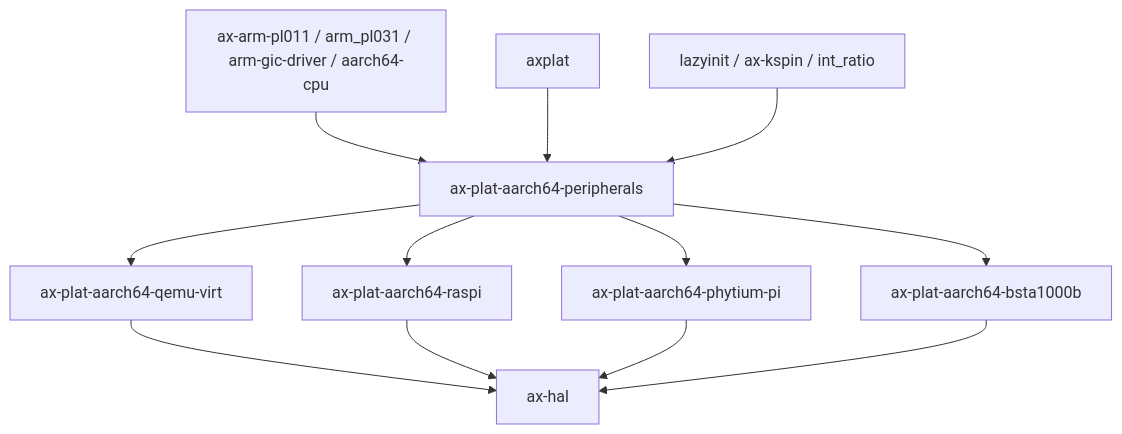
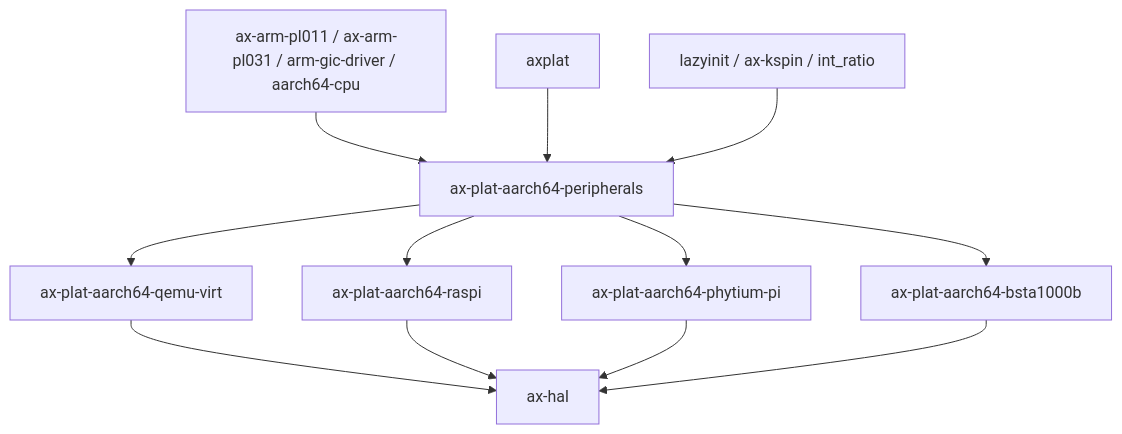
The second of 2 diagrams in docs/crates/ax-plat-aarch64-peripherals.md (zKurisu/tgoskits), drawn with Mermaid before and after one commit. The commit also changed other lines of this file and 35 other files, not shown here.

````diff
--- a/docs/crates/ax-plat-aarch64-peripherals.md
+++ b/docs/crates/ax-plat-aarch64-peripherals.md
@@ -180,15 +180,15 @@
 ```mermaid
 graph TD
-    A[ax-arm-pl011 / arm_pl031 / arm-gic-driver / aarch64-cpu] --> B[ax-plat-aarch64-peripherals]
+    A[ax-arm-pl011 / ax-arm-pl031 / arm-gic-driver / aarch64-cpu] --> B[ax-plat-aarch64-peripherals]
     C[axplat] --> B
     D[lazyinit / ax-kspin / int_ratio] --> B
 
     B --> E[ax-plat-aarch64-qemu-virt]
     B --> F[ax-plat-aarch64-raspi]
     B --> G[ax-plat-aarch64-phytium-pi]
     B --> H[ax-plat-aarch64-bsta1000b]
     E --> I[ax-hal]
     F --> I
     G --> I
     H --> I
 ```
````
